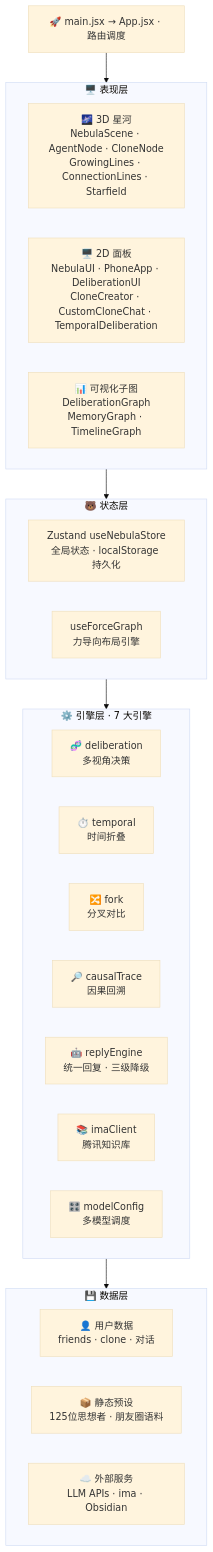
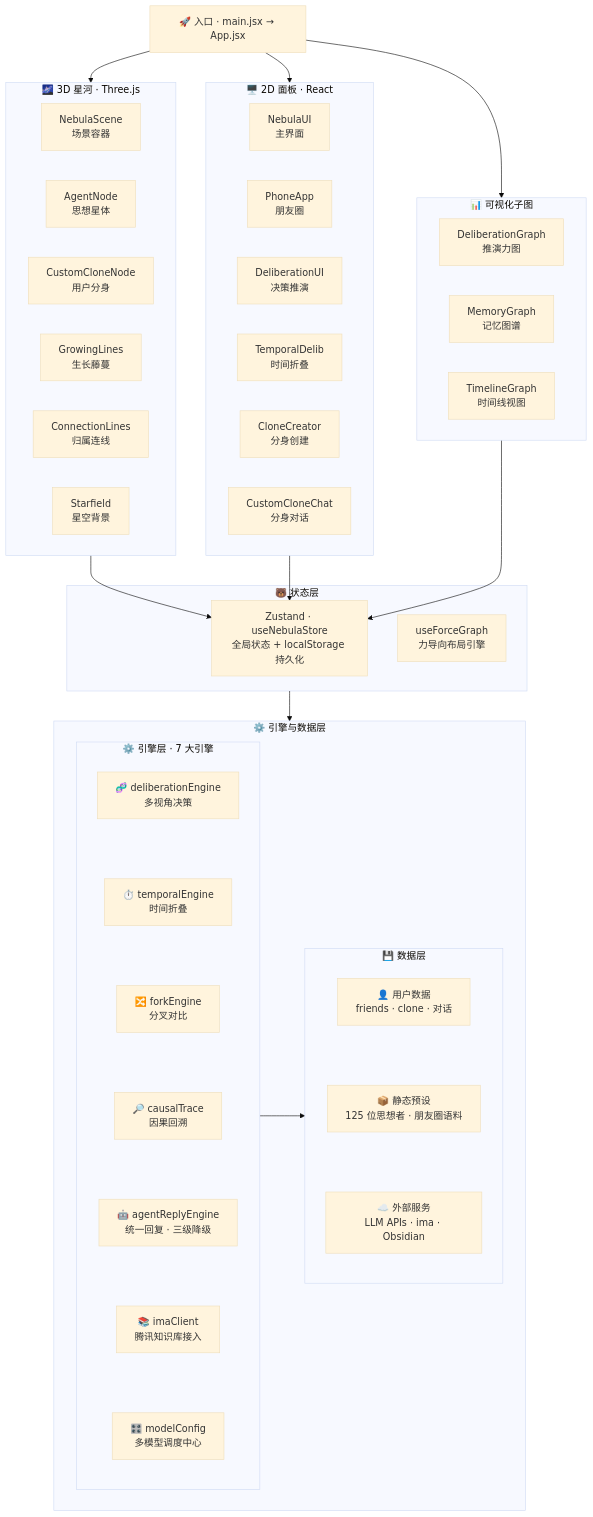
The diagram in README.md (zhouzengxian/foldneb), drawn with Mermaid (base theme) before and after one commit.

Commit message:
docs: Mermaid架构图引擎层+数据层竖排并排

````diff
--- a/README.md
+++ b/README.md
@@ -11,42 +11,54 @@
 ```mermaid
-graph TB
-    ENTRY["🚀 main.jsx → App.jsx · 路由调度"]
+flowchart TB
+    ENTRY["🚀 入口 · main.jsx → App.jsx"]
+    ENTRY --> SCENE & PANELS & VIZ
 
-    ENTRY --> L1
-
-    subgraph L1["🖥️ 表现层"]
+    subgraph SCENE["🌌 3D 星河 · Three.js"]
         direction LR
-        N1["🌌 3D 星河<br/>NebulaScene · AgentNode · CloneNode<br/>GrowingLines · ConnectionLines · Starfield"]
-        N2["🖥️ 2D 面板<br/>NebulaUI · PhoneApp · DeliberationUI<br/>CloneCreator · CustomCloneChat · TemporalDeliberation"]
-        N3["📊 可视化子图<br/>DeliberationGraph<br/>MemoryGraph · TimelineGraph"]
+        s1["NebulaScene<br/>场景容器"]
+        s2["AgentNode<br/>思想星体"]
+        s3["CustomCloneNode<br/>用户分身"]
+        s4["GrowingLines<br/>生长藤蔓"]
+        s5["ConnectionLines<br/>归属连线"]
+        s6["Starfield<br/>星空背景"]
     end
 
-    L1 --> L2
-
-    subgraph L2["🐻 状态层"]
-        S1["Zustand useNebulaStore<br/>全局状态 · localStorage 持久化"]
-        S2["useForceGraph<br/>力导向布局引擎"]
+    subgraph PANELS["🖥️ 2D 面板 · React"]
+        direction LR
+        p1["NebulaUI<br/>主界面"]
+        p2["PhoneApp<br/>朋友圈"]
+        p3["DeliberationUI<br/>决策推演"]
+        p4["TemporalDelib<br/>时间折叠"]
+        p5["CloneCreator<br/>分身创建"]
+        p6["CustomCloneChat<br/>分身对话"]
     end
 
-    L2 --> L3
-
-    subgraph L3["⚙️ 引擎层 · 7 大引擎"]
+    subgraph VIZ["📊 可视化子图"]
         direction LR
-        E1["🧬 deliberation<br/>多视角决策"]
-        E2["⏱️ temporal<br/>时间折叠"]
-        E3["🔀 fork<br/>分叉对比"]
-        E4["🔎 causalTrace<br/>因果回溯"]
-        E5["🤖 replyEngine<br/>统一回复 · 三级降级"]
-        E6["📚 imaClient<br/>腾讯知识库"]
-        E7["🎛️ modelConfig<br/>多模型调度"]
+        v1["DeliberationGraph<br/>推演力图"]
+        v2["MemoryGraph<br/>记忆图谱"]
+        v3["TimelineGraph<br/>时间线视图"]
     end
 
-    L3 --> L4
+    SCENE & PANELS & VIZ --> STORE
 
-    subgraph L4["💾 数据层"]
+    subgraph STATE["🐻 状态层"]
+        STORE["Zustand · useNebulaStore<br/>全局状态 + localStorage 持久化"]
+        FORCE["useForceGraph<br/>力导向布局引擎"]
+    end
+
+    STATE --> BOTTOM
+
+    subgraph BOTTOM["⚙️ 引擎与数据层"]
         direction LR
-        D1["👤 用户数据<br/>friends · clone · 对话"]
-        D2["📦 静态预设<br/>125位思想者 · 朋友圈语料"]
-        D3["☁️ 外部服务<br/>LLM APIs · ima · Obsidian"]
+        subgraph ENGINE["⚙️ 引擎层 · 7 大引擎"]
+            direction TB
+            e1["🧬 deliberationEngine<br/>多视角决策"] ~~~ e2["⏱️ temporalEngine<br/>时间折叠"] ~~~ e3["🔀 forkEngine<br/>分叉对比"] ~~~ e4["🔎 causalTrace<br/>因果回溯"] ~~~ e5["🤖 agentReplyEngine<br/>统一回复 · 三级降级"] ~~~ e6["📚 imaClient<br/>腾讯知识库接入"] ~~~ e7["🎛️ modelConfig<br/>多模型调度中心"]
+        end
+        ENGINE --> DATA
+        subgraph DATA["💾 数据层"]
+            direction TB
+            d1["👤 用户数据<br/>friends · clone · 对话"] ~~~ d2["📦 静态预设<br/>125 位思想者 · 朋友圈语料"] ~~~ d3["☁️ 外部服务<br/>LLM APIs · ima · Obsidian"]
+        end
     end
 ```
````
